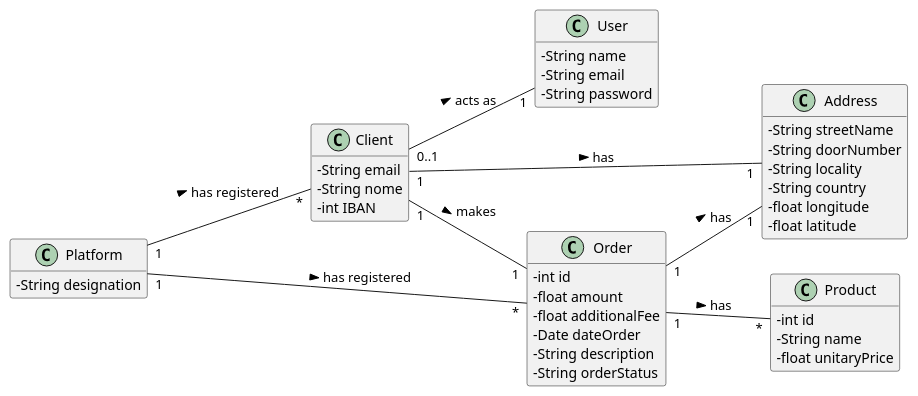
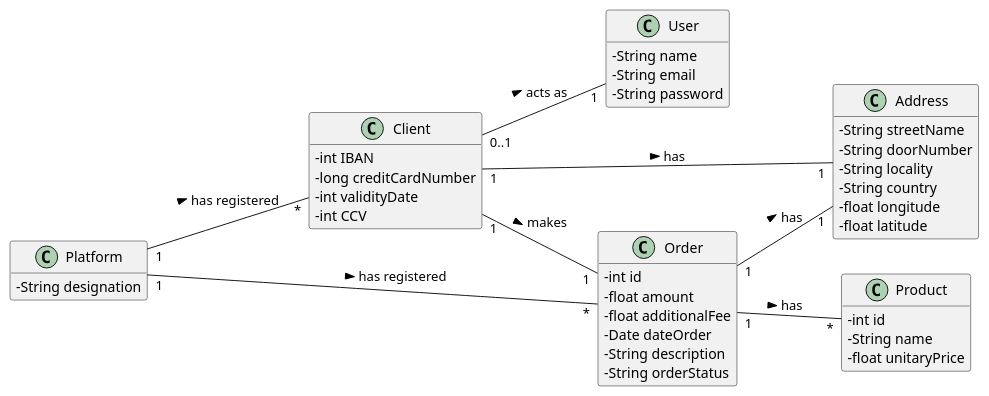
Before and after one commit to tiagoavcosta25/LAPR3: the diagram in docs/Iteration 1/Make An Order/US25_MakeAnOrder/US25_DM.puml, drawn with PlantUML. The commit also changed 4 other files, not shown here.

```diff
--- a/docs/Iteration 1/Make An Order/US25_MakeAnOrder/US25_DM.puml
+++ b/docs/Iteration 1/Make An Order/US25_MakeAnOrder/US25_DM.puml
@@ -1,52 +1,53 @@
 @startuml
 skinparam classAttributeIconSize 0
 hide methods
 left to right direction
 
 class Platform {
 -   String designation
 }
 class Client{
--   String email
--   String nome
 -   int IBAN
+-   long creditCardNumber
+-   int validityDate
+-   int CCV
 }
 
 class User{
 -   String name
 -   String email
 -   String password
 }
 
 class Address{
 -   String streetName
 -   String doorNumber
 -   String locality
 -   String country
 -   float longitude
 -   float latitude
 }
 
 class Order{
 -   int id
 -   float amount
 -   float additionalFee
 -   Date dateOrder
 -   String description
 -   String orderStatus
 }
 
 class Product{
 -   int id
 -   String name
 -   float unitaryPrice
 }
 
 Platform "1" -- "*" Client : has registered >
 Platform "1" -- "*" Order : has registered >
 Order "1" -- "*" Product : has >
 Client "0..1" -- "1" User: acts as >
 Client "1" -- "1" Order : makes >
 Client "1" -- "1" Address : has >
 Order "1" -- "1" Address : has >
 @enduml
```
